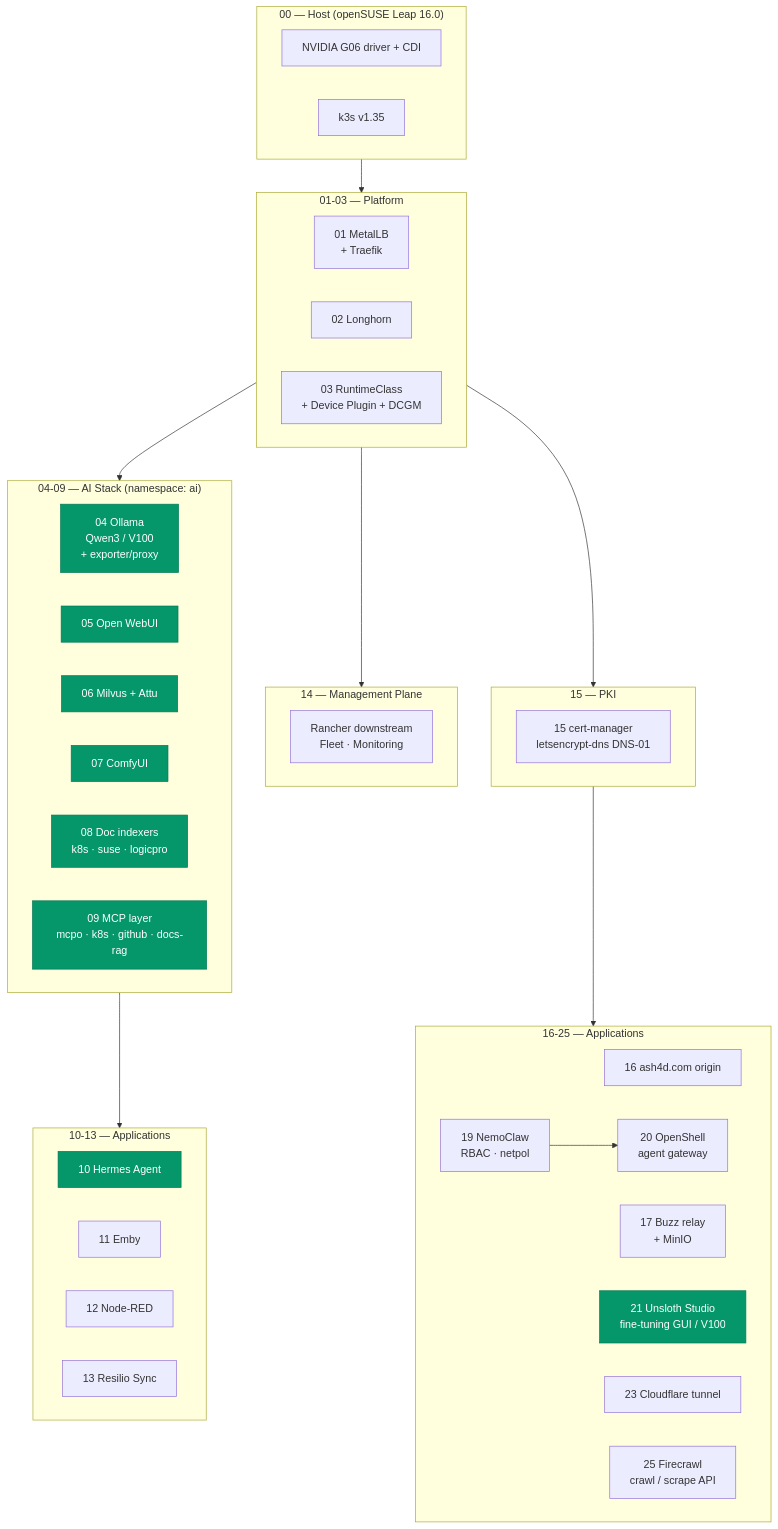
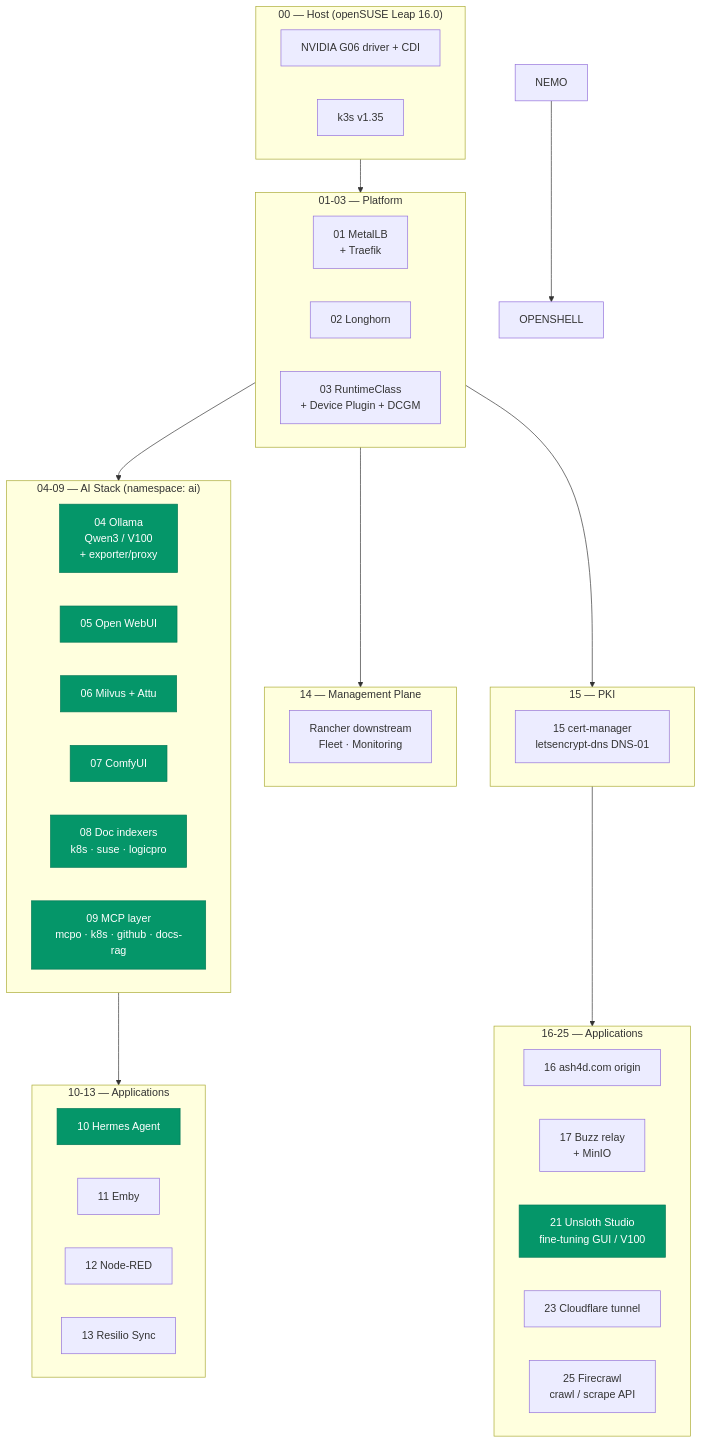
Before and after one commit to darthzen/lab-fleet: the first of 2 diagrams in README.md, drawn with Mermaid. The commit also changed other lines of this file and 43 other files, not shown here.

First line of the commit message:
Remove the NemoClaw and OpenShell bundles

````diff
--- a/README.md
+++ b/README.md
@@ -11,56 +11,54 @@
 ```mermaid
 flowchart TD
     subgraph host["00 — Host (openSUSE Leap 16.0)"]
         DRIVER[NVIDIA G06 driver + CDI]
         K3S[k3s v1.35]
     end
 
     subgraph platform["01-03 — Platform"]
         METALLB[01 MetalLB<br/>+ Traefik]
         LONGHORN[02 Longhorn]
         GPU[03 RuntimeClass<br/>+ Device Plugin + DCGM]
     end
 
     subgraph ai["04-09 — AI Stack (namespace: ai)"]
         OLLAMA[04 Ollama<br/>Qwen3 / V100<br/>+ exporter/proxy]
         OWUI[05 Open WebUI]
         MILVUS[06 Milvus + Attu]
         COMFY[07 ComfyUI]
         INDEXER[08 Doc indexers<br/>k8s · suse · logicpro]
         MCP[09 MCP layer<br/>mcpo · k8s · github · docs-rag]
     end
 
     subgraph apps["10-13 — Applications"]
         HERMES[10 Hermes Agent]
         EMBY[11 Emby]
         NODERED[12 Node-RED]
         RESILIO[13 Resilio Sync]
     end
 
     subgraph mgmt["14 — Management Plane"]
         RANCHER[Rancher downstream<br/>Fleet · Monitoring]
     end
 
     subgraph pki["15 — PKI"]
         CERTMGR[15 cert-manager<br/>letsencrypt-dns DNS-01]
     end
 
     subgraph more["16-25 — Applications"]
         ORIGIN[16 ash4d.com origin]
         BUZZ[17 Buzz relay<br/>+ MinIO]
-        NEMO[19 NemoClaw<br/>RBAC · netpol]
-        OPENSHELL[20 OpenShell<br/>agent gateway]
         UNSLOTH[21 Unsloth Studio<br/>fine-tuning GUI / V100]
         CFTUNNEL[23 Cloudflare tunnel]
         FIRECRAWL[25 Firecrawl<br/>crawl / scrape API]
     end
 
     host --> platform --> ai --> apps
     platform --> mgmt
     platform --> pki
     pki --> more
     NEMO --> OPENSHELL
 
     classDef ai_c fill:#059669,stroke:#047857,color:#fff
     class OLLAMA,OWUI,MILVUS,COMFY,INDEXER,MCP,HERMES,UNSLOTH ai_c
 ```
````
